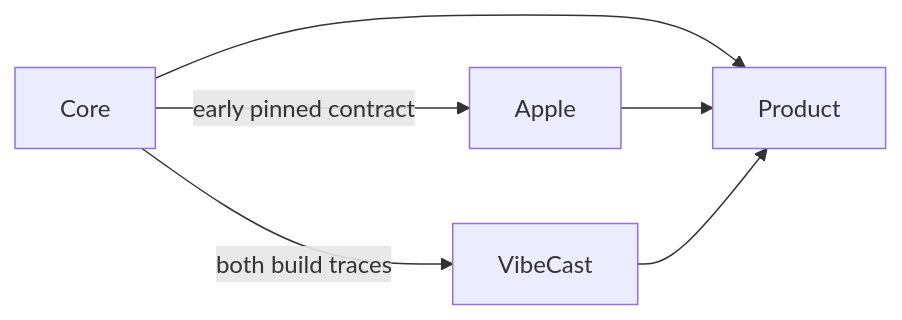
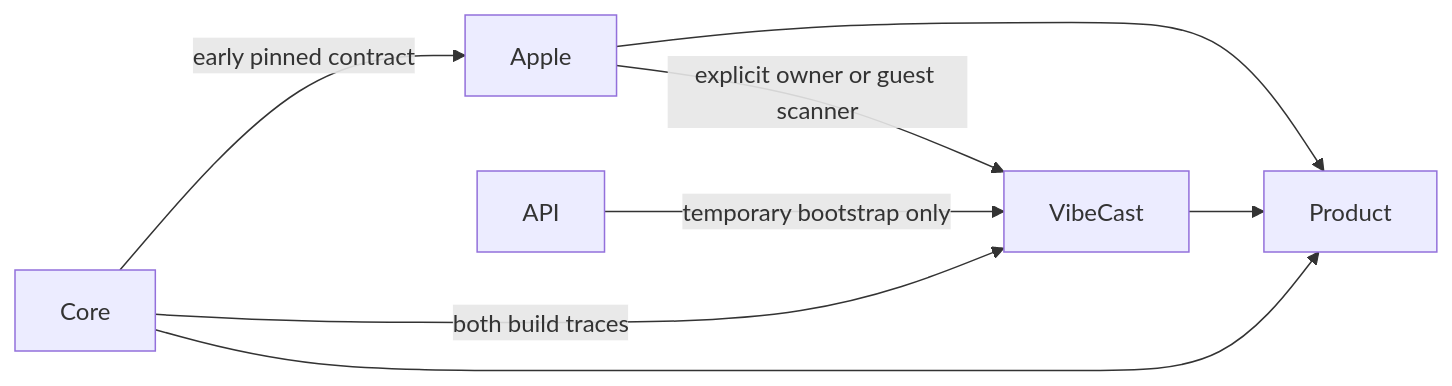
The diagram in docs/roadmap/v1/diagrams/cross-repository.mmd (pcvantol/djconnect), drawn with Mermaid before and after one commit. The commit also changed 41 other files, not shown here.

First line of the commit message:
docs: design web-first VibeCast and temporary guest participation (#1175)

```diff
--- a/docs/roadmap/v1/diagrams/cross-repository.mmd
+++ b/docs/roadmap/v1/diagrams/cross-repository.mmd
@@ -1,6 +1,8 @@
 flowchart LR
   Core -->|early pinned contract| Apple
   Core -->|both build traces| VibeCast
   Core --> Product
   Apple --> Product
   VibeCast --> Product
+  API -->|temporary bootstrap only| VibeCast
+  Apple -->|explicit owner or guest scanner| VibeCast
```
